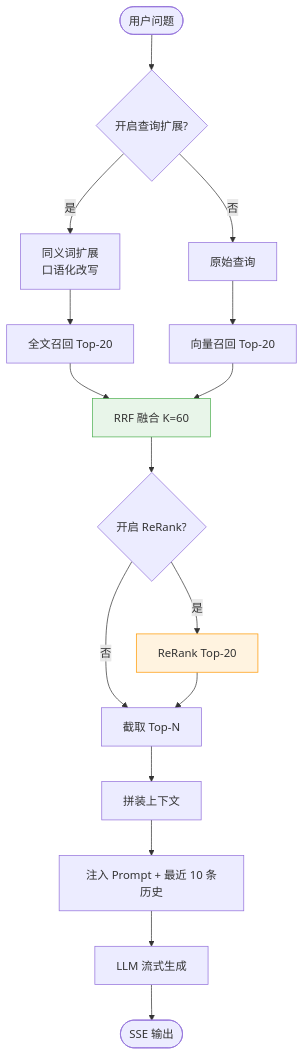
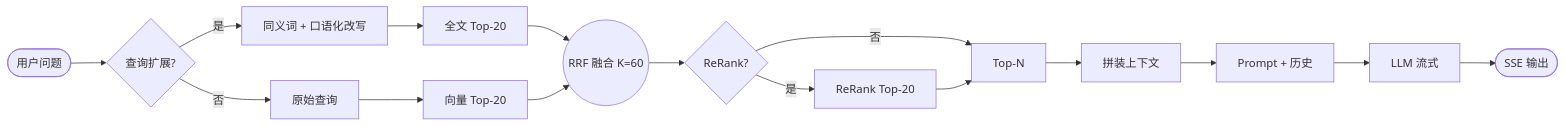
Before and after one commit to wxcoding/llm-afs: the second of 2 diagrams in README.md, drawn with Mermaid. The commit also changed other lines of this file, not shown here.

````diff
--- a/README.md
+++ b/README.md
@@ -84,24 +84,18 @@
 ```mermaid
-flowchart TB
-    Q(["用户问题"]) --> Extend{"开启查询扩展?"}
-    Extend -- 是 --> Syn["同义词扩展<br/>口语化改写"]
+flowchart LR
+    Q(["用户问题"]) --> Extend{"查询扩展?"}
+    Extend -- 是 --> Syn["同义词 + 口语化改写"]
     Extend -- 否 --> Raw["原始查询"]
-
-    Syn --> FT["全文召回 Top-20"]
-    Raw --> Vec["向量召回 Top-20"]
-    FT --> RRF["RRF 融合 K=60"]
+    Syn --> FT["全文 Top-20"]
+    Raw --> Vec["向量 Top-20"]
+    FT --> RRF(("RRF 融合 K=60"))
     Vec --> RRF
-
-    RRF --> RerankQ{"开启 ReRank?"}
+    RRF --> RerankQ{"ReRank?"}
     RerankQ -- 是 --> RerankN["ReRank Top-20"]
-    RerankQ -- 否 --> TopN["截取 Top-N"]
+    RerankQ -- 否 --> TopN["Top-N"]
     RerankN --> TopN
-
     TopN --> Ctx["拼装上下文"]
-    Ctx --> Prompt["注入 Prompt + 最近 10 条历史"]
-    Prompt --> Gen["LLM 流式生成"]
+    Ctx --> Prompt["Prompt + 历史"]
+    Prompt --> Gen["LLM 流式"]
     Gen --> Out(["SSE 输出"])
-
-    style RRF fill:#e8f5e9,stroke:#4caf50
-    style RerankN fill:#fff3e0,stroke:#ff9800
 ```
````
